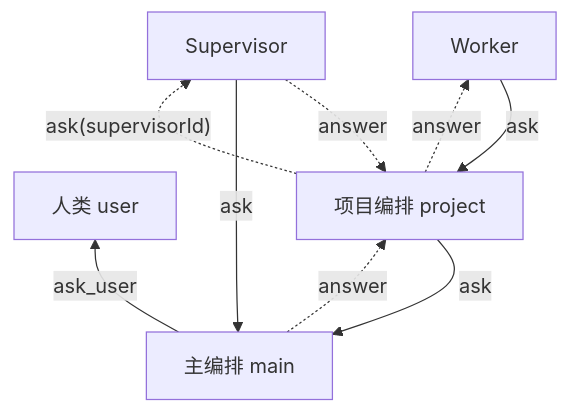
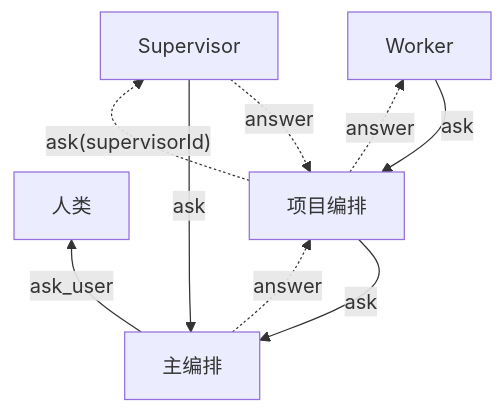
The seventh of 21 diagrams in docs/flow.md (hairyf/dsh-nexus), drawn with Mermaid before and after one commit. The commit also changed other lines of this file and 9 other files, not shown here.

````diff
--- a/docs/flow.md
+++ b/docs/flow.md
@@ -240,18 +190,18 @@
 ```mermaid
 flowchart BT
-    U["人类 user"]
-    M["主编排 main"]
-    P["项目编排 project"]
+    U["人类"]
+    M["主编排"]
+    P["项目编排"]
     W["Worker"]
     S["Supervisor"]
 
-    W -->|"ask"| P
-    P -->|"ask"| M
-    S -->|"ask"| M
-    M -->|"ask_user"| U
+    W -->|ask| P
+    P -->|ask| M
+    S -->|ask| M
+    M -->|ask_user| U
 
     P -.->|"ask(supervisorId)"| S
-    S -.->|"answer"| P
-    M -.->|"answer"| P
-    P -.->|"answer"| W
+    S -.->|answer| P
+    M -.->|answer| P
+    P -.->|answer| W
 ```
````
